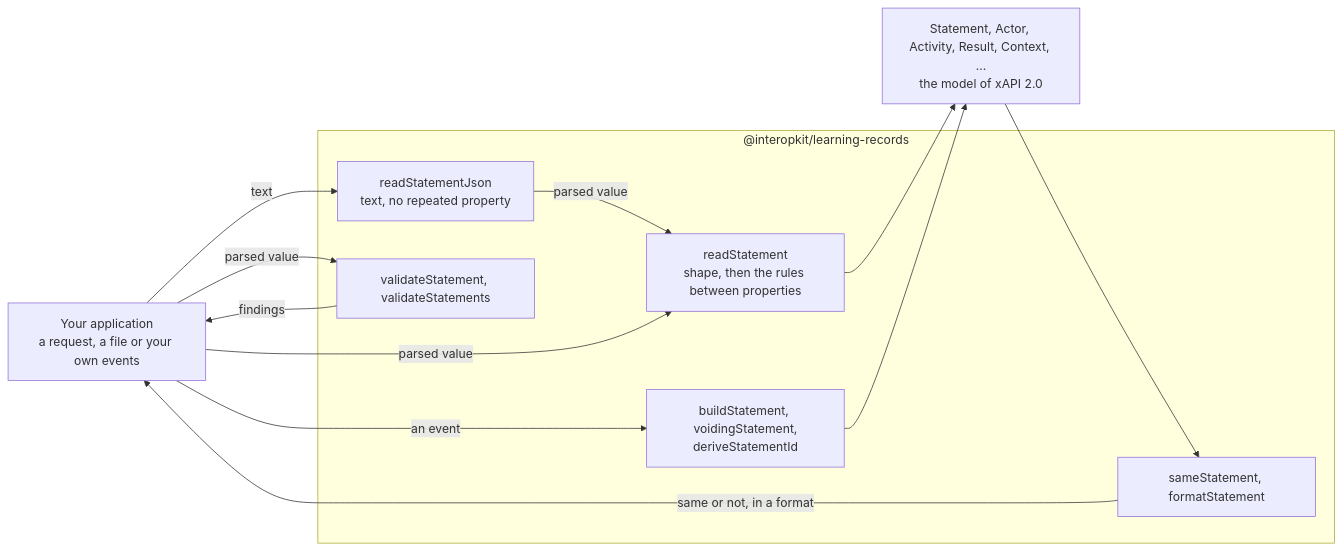
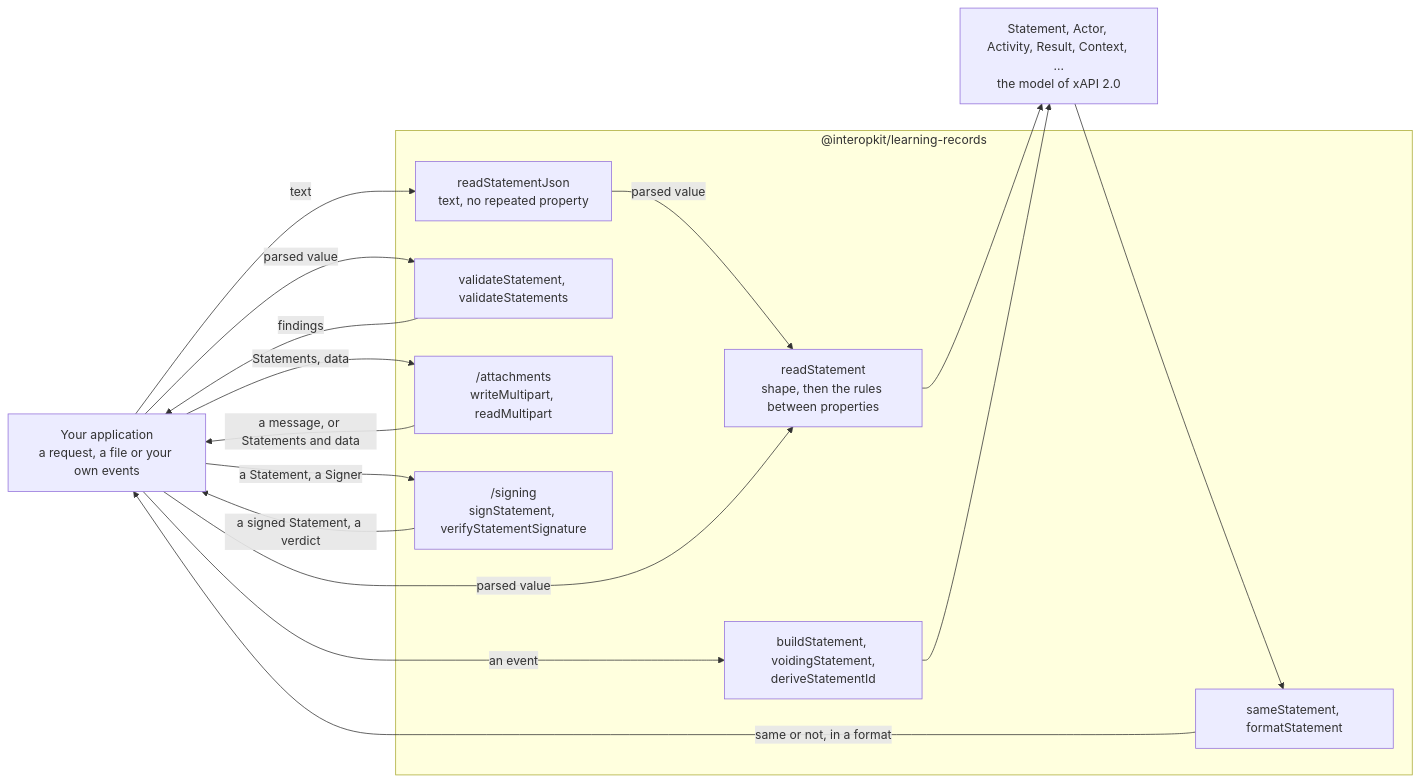
Before and after one commit to interopkit/interopkit: the diagram in packages/learning-records/README.md, drawn with Mermaid. The commit also changed other lines of this file and 41 other files, not shown here.

First line of the commit message:
Add signing and attachments to learning-records

````diff
--- a/packages/learning-records/README.md
+++ b/packages/learning-records/README.md
@@ -8,22 +8,28 @@
 ```mermaid
 flowchart LR
   host["Your application<br/>a request, a file or your own events"]
   subgraph pkg["@interopkit/learning-records"]
     json["readStatementJson<br/>text, no repeated property"]
     read["readStatement<br/>shape, then the rules between properties"]
     validate["validateStatement, validateStatements"]
     build["buildStatement, voidingStatement,<br/>deriveStatementId"]
     compare["sameStatement, formatStatement"]
+    attachments["/attachments<br/>writeMultipart, readMultipart"]
+    signing["/signing<br/>signStatement, verifyStatementSignature"]
   end
   model["Statement, Actor, Activity, Result, Context, ...<br/>the model of xAPI 2.0"]
   host -->|"text"| json
   json -->|"parsed value"| read
   host -->|"parsed value"| read
   read --> model
   host -->|"parsed value"| validate
   validate -->|"findings"| host
   host -->|"an event"| build
   build --> model
   model --> compare
   compare -->|"same or not, in a format"| host
+  host -->|"Statements, data"| attachments
+  attachments -->|"a message, or Statements and data"| host
+  host -->|"a Statement, a Signer"| signing
+  signing -->|"a signed Statement, a verdict"| host
 ```
````
